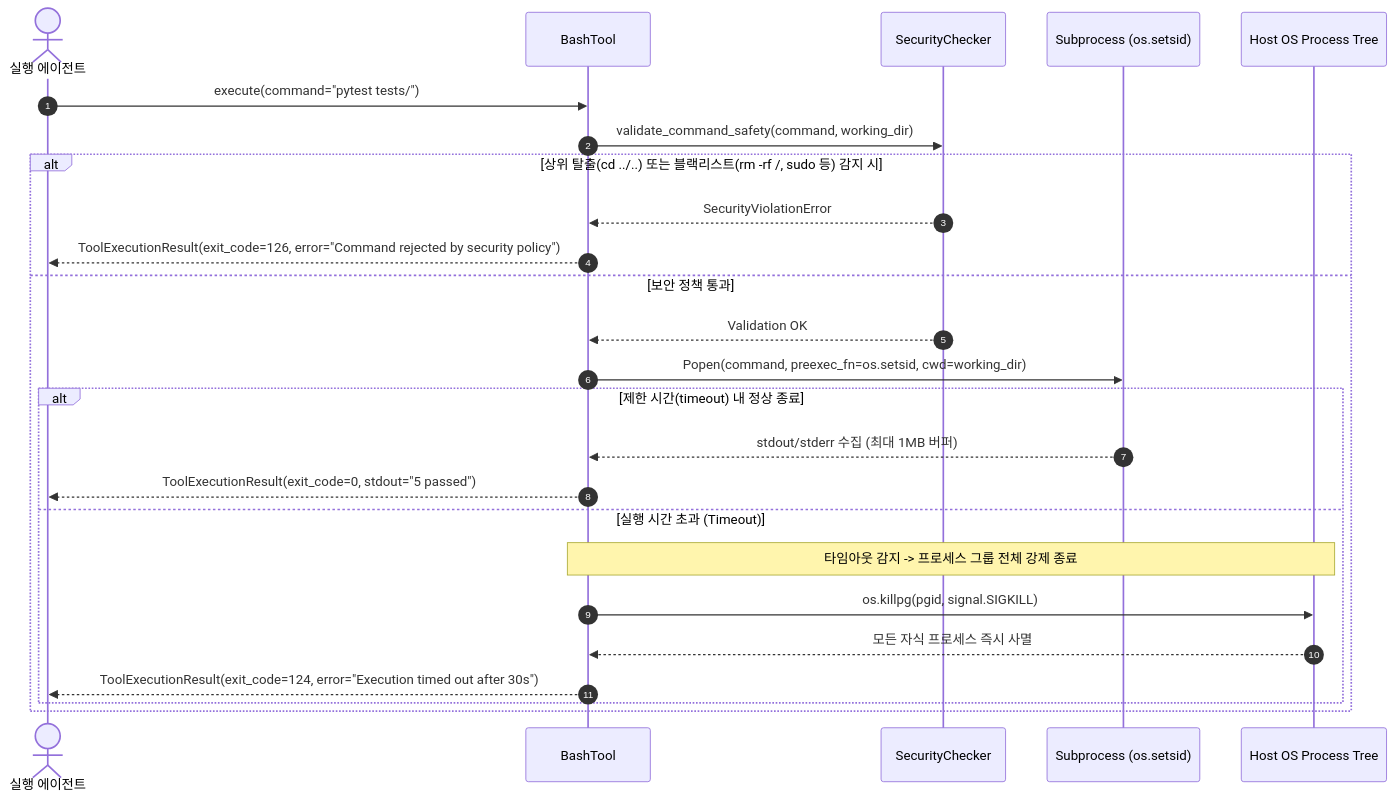
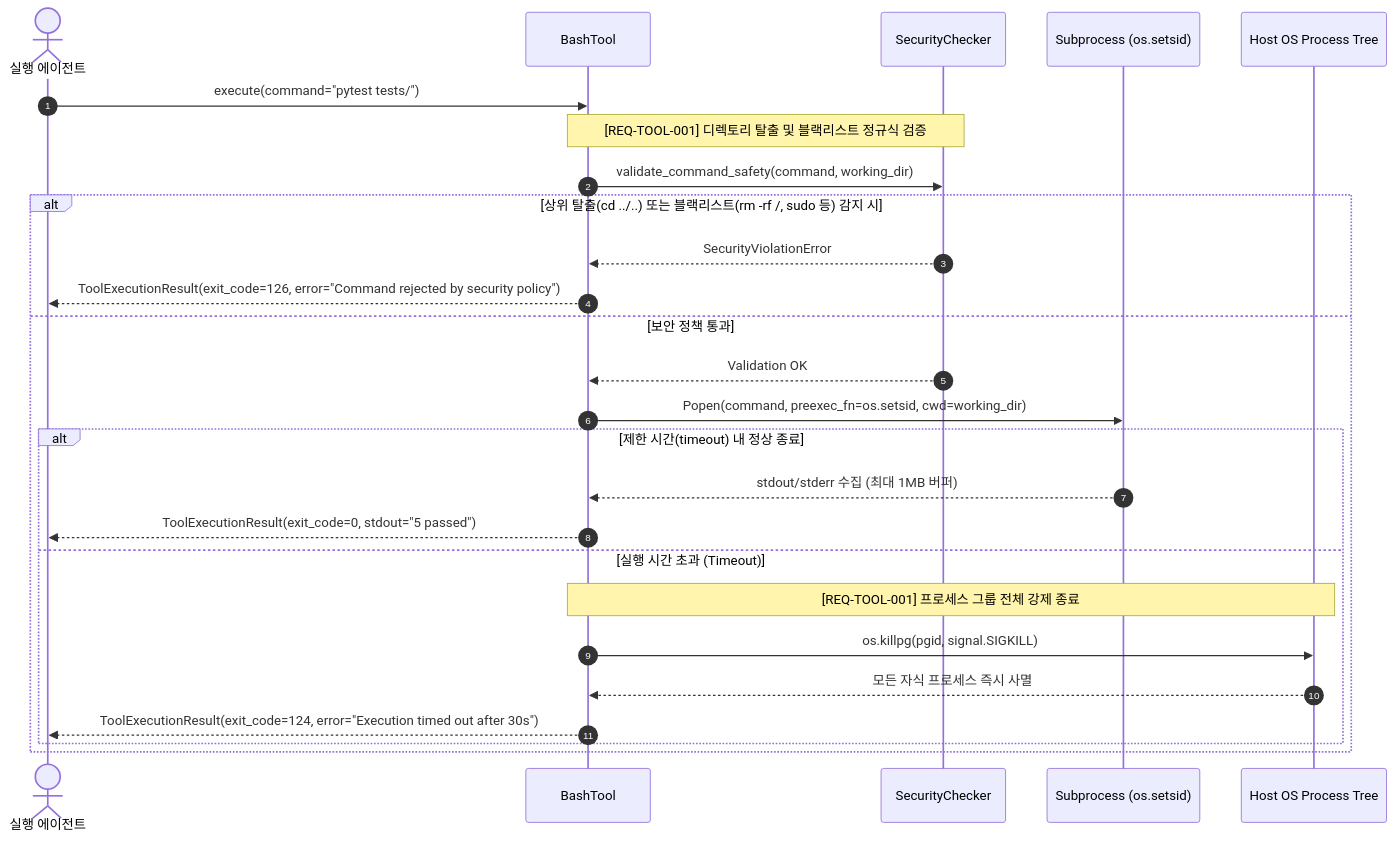
Before and after one commit to ozplayground/python-package: the fourth of 4 diagrams in docs/archon/system-designer/01_SYSTEM_DESIGN.md, drawn with Mermaid. The commit also changed other lines of this file and 5 other files, not shown here.

````diff
--- a/docs/archon/system-designer/01_SYSTEM_DESIGN.md
+++ b/docs/archon/system-designer/01_SYSTEM_DESIGN.md
@@ -343,30 +351,31 @@
 ```mermaid
 sequenceDiagram
     autonumber
     actor Agent as 실행 에이전트
     participant Bash as BashTool
     participant Checker as SecurityChecker
     participant Subproc as Subprocess (os.setsid)
     participant OS as Host OS Process Tree
 
     Agent->>Bash: execute(command="pytest tests/")
+    Note over Bash, Checker: [REQ-TOOL-001] 디렉토리 탈출 및 블랙리스트 정규식 검증
     Bash->>Checker: validate_command_safety(command, working_dir)
     
     alt 상위 탈출(cd ../..) 또는 블랙리스트(rm -rf /, sudo 등) 감지 시
         Checker-->>Bash: SecurityViolationError
         Bash-->>Agent: ToolExecutionResult(exit_code=126, error="Command rejected by security policy")
     else 보안 정책 통과
         Checker-->>Bash: Validation OK
         Bash->>Subproc: Popen(command, preexec_fn=os.setsid, cwd=working_dir)
         
         alt 제한 시간(timeout) 내 정상 종료
             Subproc-->>Bash: stdout/stderr 수집 (최대 1MB 버퍼)
             Bash-->>Agent: ToolExecutionResult(exit_code=0, stdout="5 passed")
         else 실행 시간 초과 (Timeout)
-            Note over Bash, OS: 타임아웃 감지 -> 프로세스 그룹 전체 강제 종료
+            Note over Bash, OS: [REQ-TOOL-001] 프로세스 그룹 전체 강제 종료
             Bash->>OS: os.killpg(pgid, signal.SIGKILL)
             OS-->>Bash: 모든 자식 프로세스 즉시 사멸
             Bash-->>Agent: ToolExecutionResult(exit_code=124, error="Execution timed out after 30s")
         end
     end
 ```
````
